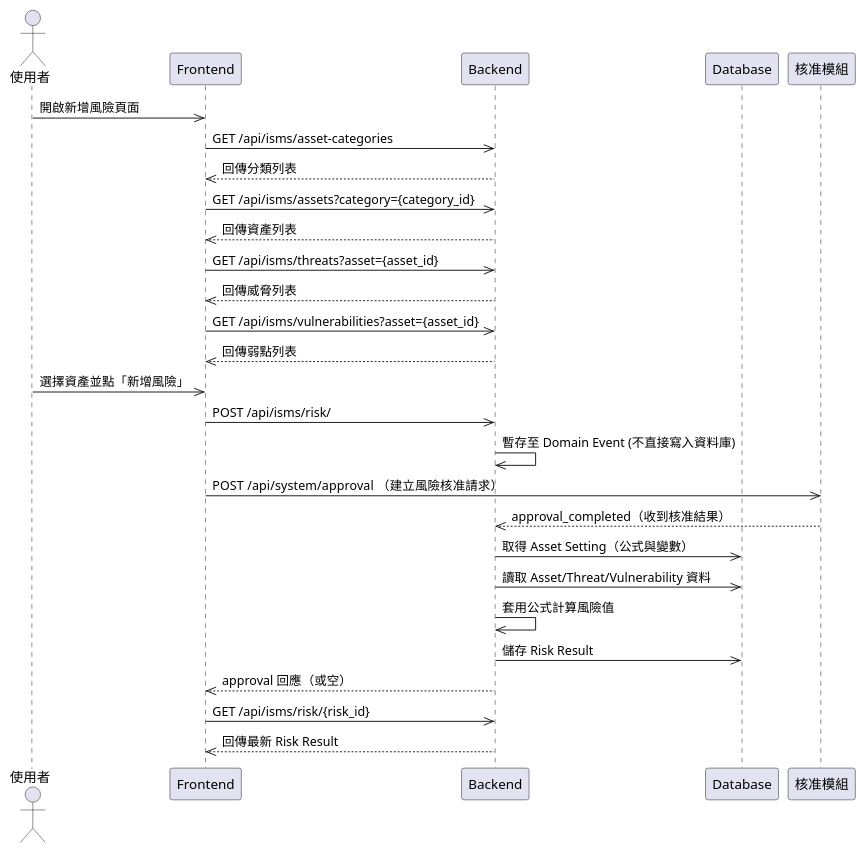
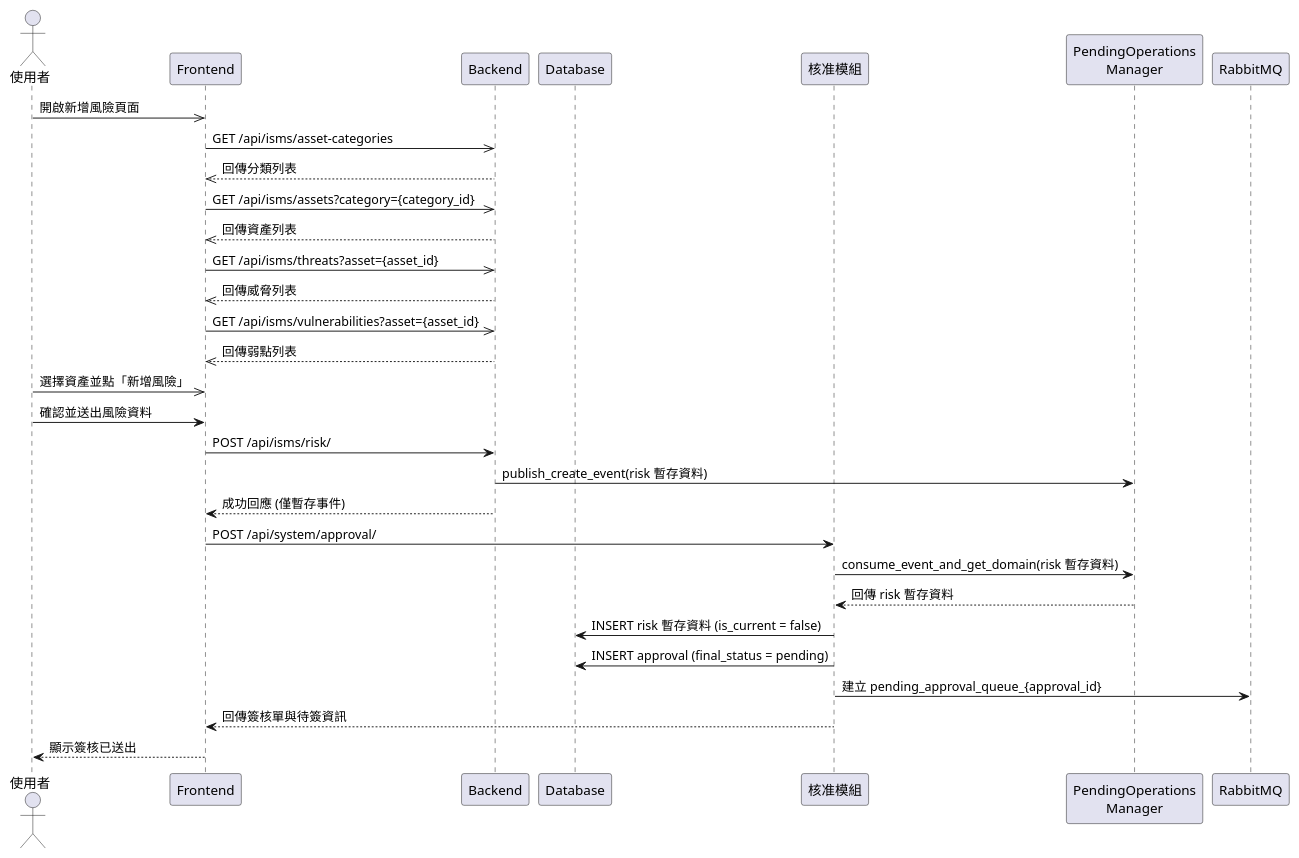
One commit to walle45611/NTUB_SecuManag_Diagram changed the diagram in plantUML/sequence/risk_evaluation.puml. Above: the diagram before and after it, drawn with PlantUML. The commit also changed 9 other files, not shown here.

Commit message:
feat: 更新多個流程圖，調整參與者與流程步驟以增強可讀性，並整合核准與拒絕流程

```diff
--- a/plantUML/sequence/risk_evaluation.puml
+++ b/plantUML/sequence/risk_evaluation.puml
@@ -1,29 +1,31 @@
 @startuml
 actor User as "使用者"
 participant Frontend
 participant Backend
 participant Database
 participant Approval as "核准模組"
+participant "PendingOperations\nManager" as POM
 
 User ->> Frontend: 開啟新增風險頁面
 Frontend ->> Backend: GET /api/isms/asset-categories
 Backend -->> Frontend: 回傳分類列表
 Frontend ->> Backend: GET /api/isms/assets?category={category_id}
 Backend -->> Frontend: 回傳資產列表
 Frontend ->> Backend: GET /api/isms/threats?asset={asset_id}
 Backend -->> Frontend: 回傳威脅列表
 Frontend ->> Backend: GET /api/isms/vulnerabilities?asset={asset_id}
 Backend -->> Frontend: 回傳弱點列表
 User ->> Frontend: 選擇資產並點「新增風險」
-Frontend ->> Backend: POST /api/isms/risk/
-Backend ->> Backend: 暫存至 Domain Event (不直接寫入資料庫)
-Frontend ->> Approval: POST /api/system/approval  （建立風險核准請求）
-Approval -->> Backend: approval_completed（收到核准結果）
-Backend ->> Database: 取得 Asset Setting（公式與變數）
-Backend ->> Database: 讀取 Asset/Threat/Vulnerability 資料
-Backend ->> Backend: 套用公式計算風險值
-Backend ->> Database: 儲存 Risk Result
-Backend -->> Frontend: approval 回應（或空）
-Frontend ->> Backend: GET /api/isms/risk/{risk_id}
-Backend -->> Frontend: 回傳最新 Risk Result
+User -> Frontend: 確認並送出風險資料
+Frontend -> Backend: POST /api/isms/risk/
+Backend -> POM: publish_create_event(risk 暫存資料)
+Backend --> Frontend: 成功回應 (僅暫存事件)
+Frontend -> Approval: POST /api/system/approval/
+Approval -> POM: consume_event_and_get_domain(risk 暫存資料)
+POM --> Approval: 回傳 risk 暫存資料
+Approval -> Database: INSERT risk 暫存資料 (is_current = false)
+Approval -> Database: INSERT approval (final_status = pending)
+Approval -> RabbitMQ: 建立 pending_approval_queue_{approval_id}
+Approval --> Frontend: 回傳簽核單與待簽資訊
+Frontend --> User: 顯示簽核已送出
 @enduml
```
